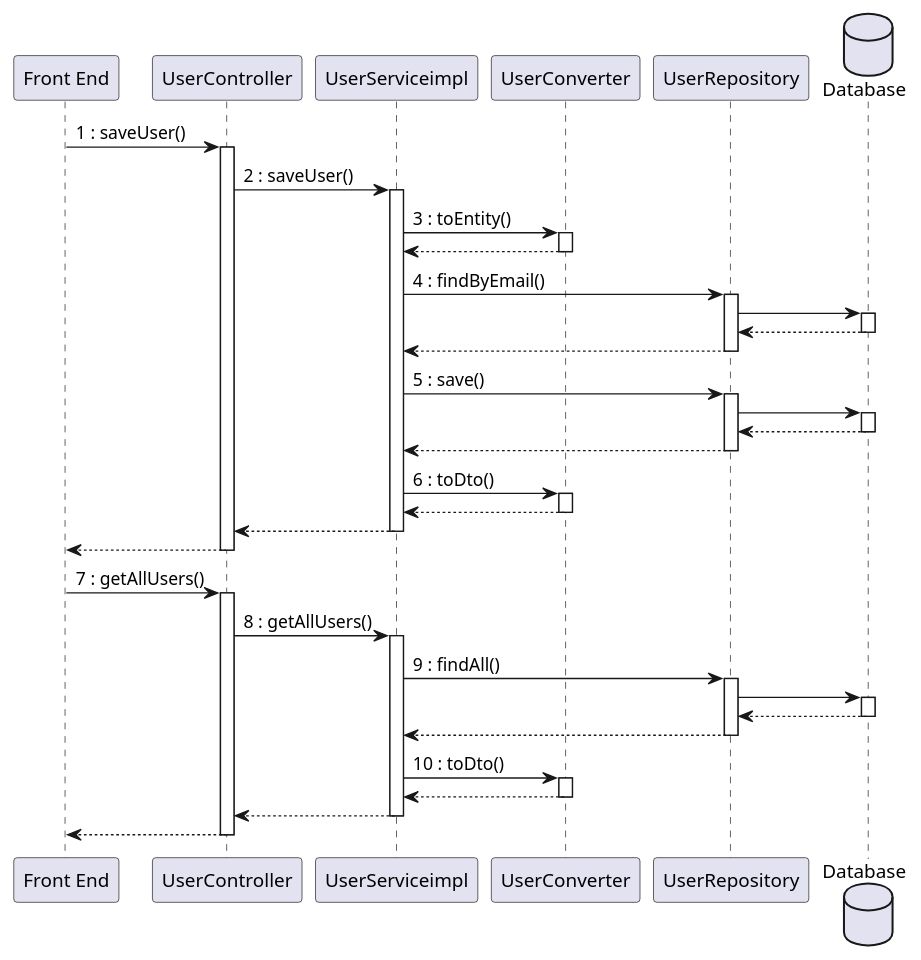
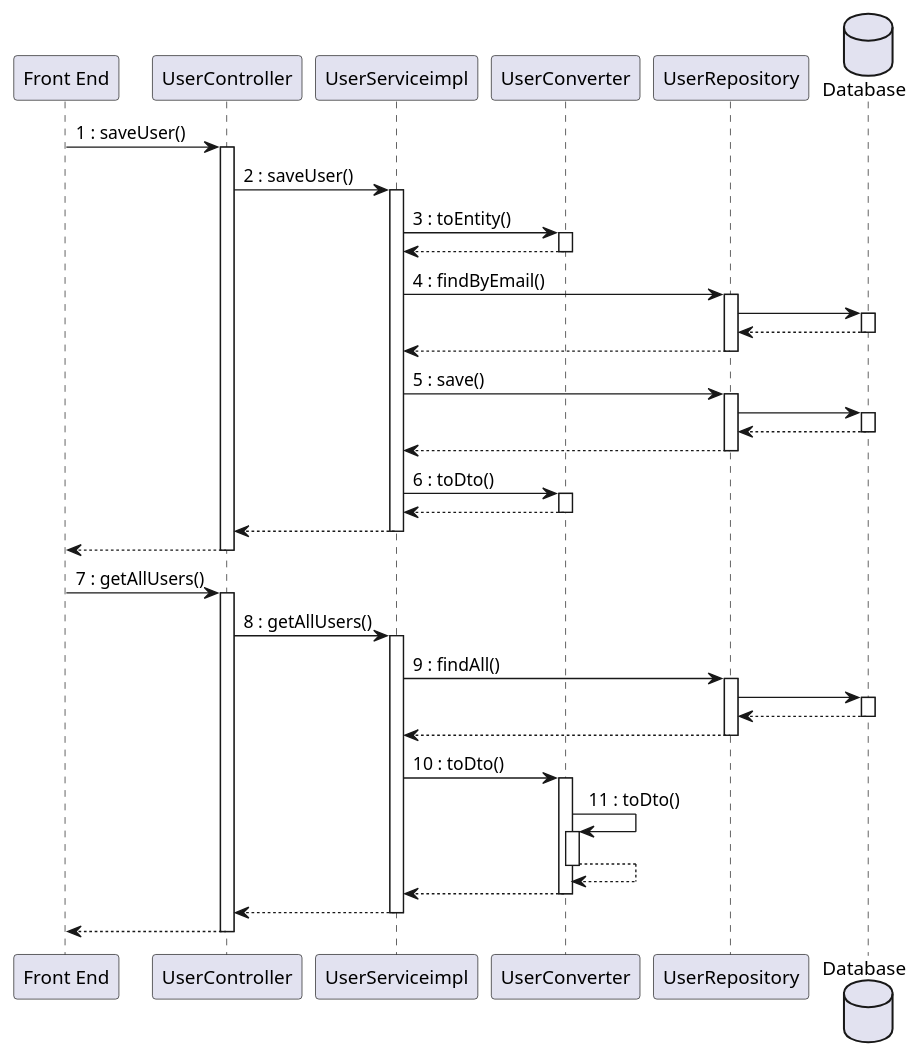
The sixth of 15 diagrams in docs/DesignDocument.md (mosTavassoli/ezgas), drawn with PlantUML before and after one commit. The commit also changed other lines of this file, not shown here.

Commit message:
docs(DesignDocument): edit sequence diagram

````diff
--- a/docs/DesignDocument.md
+++ b/docs/DesignDocument.md
@@ -520,44 +523,47 @@
 ```plantuml
 database Database order 30
 "Front End" -> UserController:1 : saveUser()
 activate UserController
 UserController -> UserServiceimpl:2 : saveUser()
 activate UserServiceimpl
 UserServiceimpl -> UserConverter:3 : toEntity()
 activate UserConverter
 return
 UserServiceimpl -> UserRepository:4 : findByEmail()
 activate UserRepository
 UserRepository -> Database:
 activate Database
 return
 return
 UserServiceimpl -> UserRepository:5 : save()
 activate UserRepository
 UserRepository -> Database
 activate Database
 return
 return
 UserServiceimpl -> UserConverter:6 : toDto()
 activate UserConverter
 return
 return
 return
 
 "Front End" -> UserController:7 : getAllUsers()
 activate UserController
 UserController -> UserServiceimpl:8 : getAllUsers()
 activate UserServiceimpl
 UserServiceimpl -> UserRepository:9 : findAll()
 activate UserRepository
 UserRepository -> Database
 activate Database
 return
 return
 UserServiceimpl -> UserConverter:10 : toDto()
 activate UserConverter
+UserConverter -> UserConverter:11 : toDto()
+activate UserConverter
+return
 return
 return
 return
 
 ```
````
